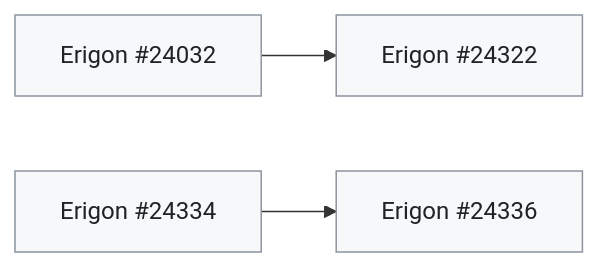
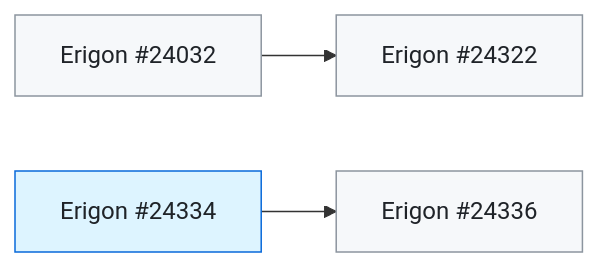
One commit to banteg/trace-interop changed the first of 3 diagrams in docs/client-fixes.md. Above: the diagram before and after it, drawn with Mermaid. The commit also changed other lines of this file and 3 other files, not shown here.

Commit message:
docs(fixes): refresh pr states, erigon #24334 merged

````diff
--- a/docs/client-fixes.md
+++ b/docs/client-fixes.md
@@ -32,10 +32,11 @@
 ```mermaid
 flowchart LR
   Erigon_24322["Erigon #24322"]:::open
   Erigon_24032["Erigon #24032"]:::open
   Erigon_24336["Erigon #24336"]:::open
-  Erigon_24334["Erigon #24334"]:::open
+  Erigon_24334["Erigon #24334"]:::merged
   Erigon_24032 --> Erigon_24322
   Erigon_24334 --> Erigon_24336
   classDef open fill:#f6f8fa,stroke:#8c959f,color:#1f2328
+  classDef merged fill:#ddf4ff,stroke:#0969da,color:#1f2328
 ```
````
